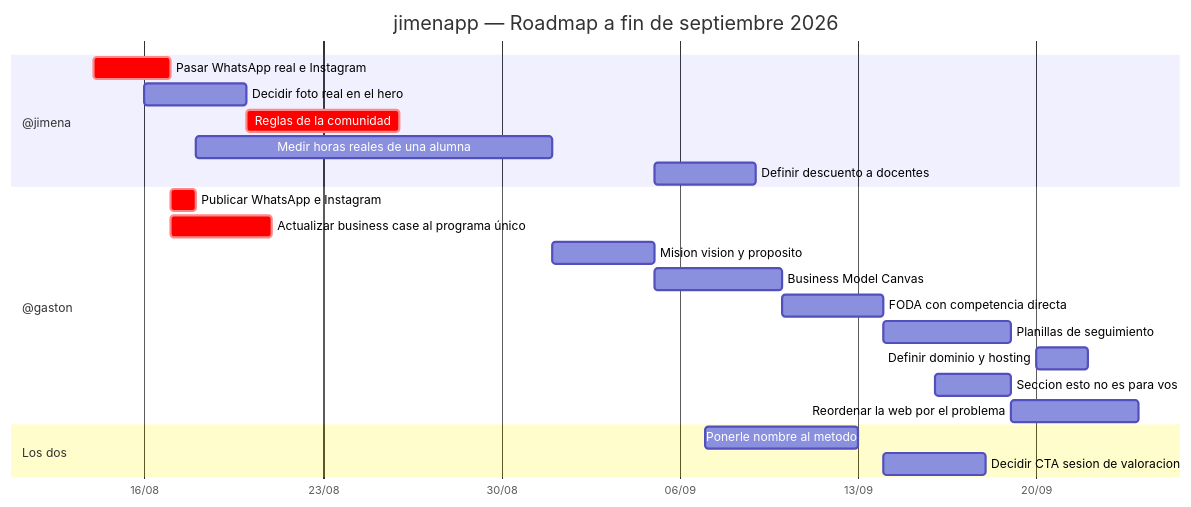
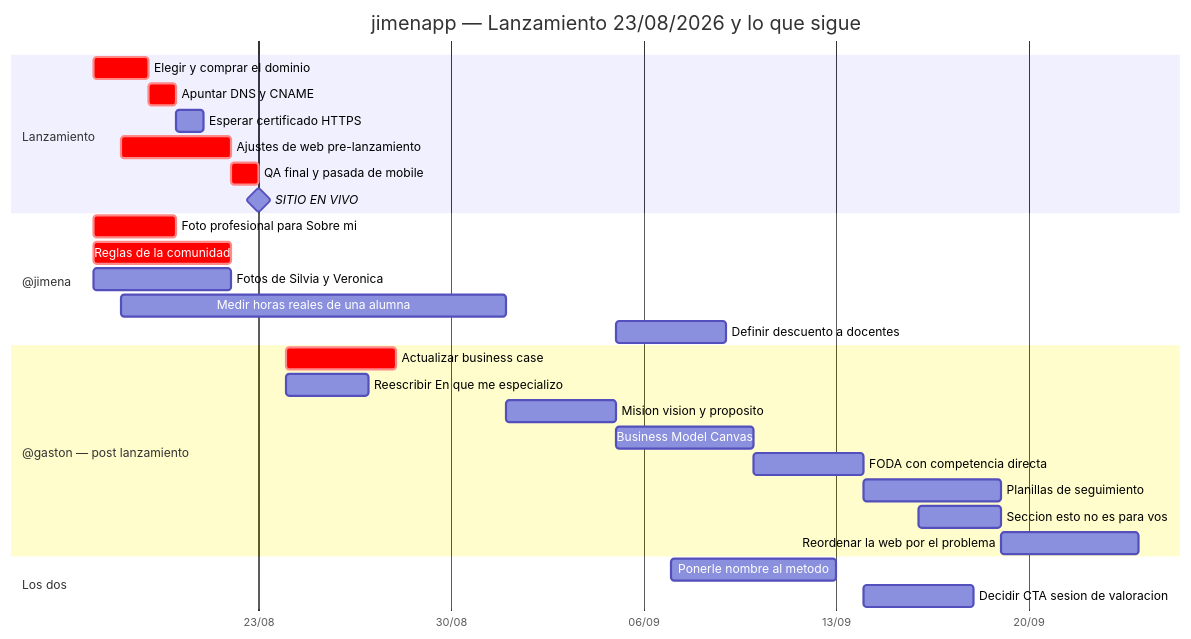
The diagram in gantt.md (gaston-perez-art/jimenapp), drawn with Mermaid before and after one commit. The commit also changed other lines of this file and 3 other files, not shown here.

````diff
--- a/gantt.md
+++ b/gantt.md
@@ -9,29 +15,36 @@
 ```mermaid
 gantt
-    title jimenapp — Roadmap a fin de septiembre 2026
+    title jimenapp — Lanzamiento 23/08/2026 y lo que sigue
     dateFormat YYYY-MM-DD
     axisFormat %d/%m
     todayMarker stroke-width:3px,stroke:#9D3A57
 
+    section Lanzamiento
+    Elegir y comprar el dominio          :crit, l1, 2026-08-17, 2d
+    Apuntar DNS y CNAME                  :crit, l2, after l1, 1d
+    Esperar certificado HTTPS            :l3, after l2, 1d
+    Ajustes de web pre-lanzamiento       :crit, l4, 2026-08-18, 4d
+    QA final y pasada de mobile          :crit, l5, 2026-08-22, 1d
+    SITIO EN VIVO                        :milestone, l6, 2026-08-23, 0d
+
     section @jimena
-    Pasar WhatsApp real e Instagram      :crit, j1, 2026-08-14, 3d
-    Decidir foto real en el hero         :j2, 2026-08-16, 4d
-    Reglas de la comunidad               :crit, j3, 2026-08-20, 6d
+    Foto profesional para Sobre mi       :crit, j1, 2026-08-17, 3d
+    Reglas de la comunidad               :crit, j2, 2026-08-17, 5d
+    Fotos de Silvia y Veronica           :j3, 2026-08-17, 5d
     Medir horas reales de una alumna     :j4, 2026-08-18, 14d
     Definir descuento a docentes         :j5, 2026-09-05, 4d
 
-    section @gaston
-    Publicar WhatsApp e Instagram        :crit, g1, after j1, 1d
-    Actualizar business case al programa único :crit, g2, 2026-08-17, 4d
+    section @gaston — post lanzamiento
+    Actualizar business case             :crit, g1, 2026-08-24, 4d
+    Reescribir En que me especializo     :g2, 2026-08-24, 3d
     Mision vision y proposito            :g3, 2026-09-01, 4d
     Business Model Canvas                :g4, after g3, 5d
     FODA con competencia directa         :g5, after g4, 4d
     Planillas de seguimiento             :g6, 2026-09-14, 5d
-    Definir dominio y hosting            :g7, 2026-09-20, 2d
-    Seccion esto no es para vos          :g8, 2026-09-16, 3d
-    Reordenar la web por el problema     :g9, 2026-09-19, 5d
+    Seccion esto no es para vos          :g7, 2026-09-16, 3d
+    Reordenar la web por el problema     :g8, 2026-09-19, 5d
 
     section Los dos
     Ponerle nombre al metodo             :d1, 2026-09-07, 6d
     Decidir CTA sesion de valoracion     :d2, 2026-09-14, 4d
 ```
````
